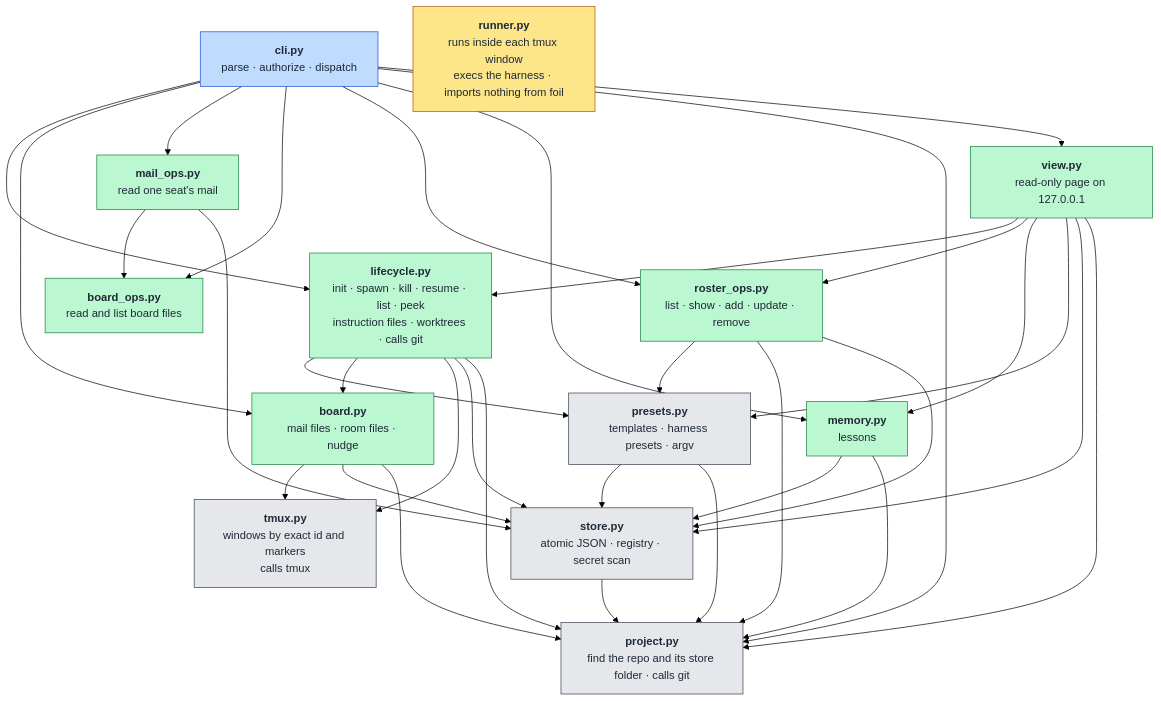
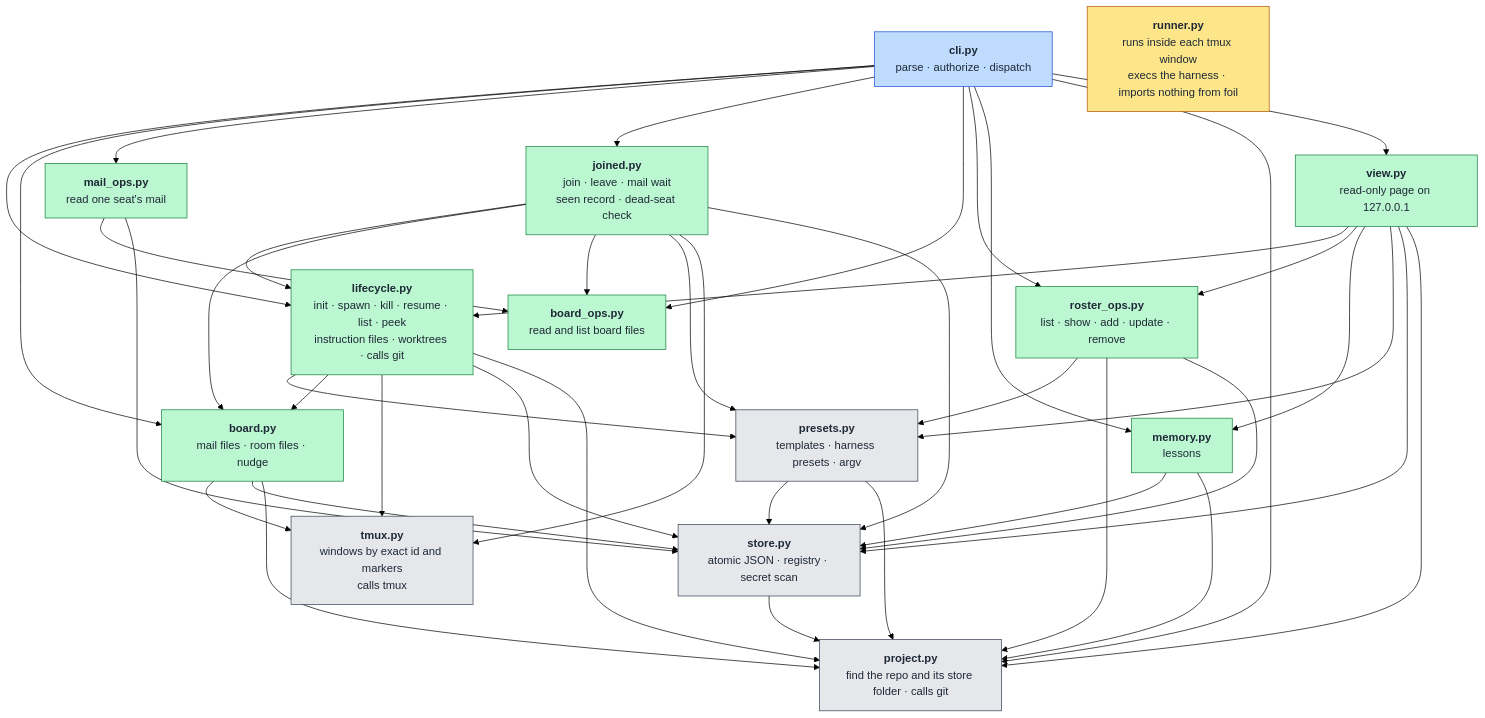
Before and after one commit to TiantianFlow/foil: the first of 2 diagrams in docs/architecture.md, drawn with Mermaid (forest theme). The commit also changed other lines of this file and 37 other files, not shown here.

````diff
--- a/docs/architecture.md
+++ b/docs/architecture.md
@@ -32,62 +33,70 @@
 ```mermaid
 flowchart TB
   cli["<b>cli.py</b><br/>parse · authorize · dispatch"]
 
   lifecycle["<b>lifecycle.py</b><br/>init · spawn · kill · resume · list · peek<br/>instruction files · worktrees · calls git"]
   board["<b>board.py</b><br/>mail files · room files · nudge"]
   mail_ops["<b>mail_ops.py</b><br/>read one seat's mail"]
+  joined["<b>joined.py</b><br/>join · leave · mail wait<br/>seen record · dead-seat check"]
   board_ops["<b>board_ops.py</b><br/>read and list board files"]
   roster_ops["<b>roster_ops.py</b><br/>list · show · add · update · remove"]
   memory["<b>memory.py</b><br/>lessons"]
   view["<b>view.py</b><br/>read-only page on 127.0.0.1"]
 
   presets["<b>presets.py</b><br/>templates · harness presets · argv"]
   tmuxmod["<b>tmux.py</b><br/>windows by exact id and markers<br/>calls tmux"]
   store["<b>store.py</b><br/>atomic JSON · registry · secret scan"]
 
   project["<b>project.py</b><br/>find the repo and its store folder · calls git"]
 
   runner["<b>runner.py</b><br/>runs inside each tmux window<br/>execs the harness · imports nothing from foil"]
 
   cli --> lifecycle
   cli --> board
   cli --> mail_ops
+  cli --> joined
+  joined --> lifecycle
+  joined --> board
+  joined --> board_ops
+  joined --> presets
+  joined --> tmuxmod
+  joined --> store
   cli --> board_ops
   cli --> roster_ops
   cli --> memory
   cli --> project
   cli --> view
   view --> lifecycle
   view --> roster_ops
   view --> memory
   view --> presets
   view --> store
   view --> project
   lifecycle --> presets
   lifecycle --> board
   lifecycle --> tmuxmod
   lifecycle --> store
   lifecycle --> project
   board --> tmuxmod
   board --> store
   board --> project
   mail_ops --> board_ops
   mail_ops --> store
   roster_ops --> presets
   roster_ops --> project
   roster_ops --> store
   memory --> store
   memory --> project
   presets --> store
   presets --> project
   store --> project
 
   classDef entry fill:#bfdbfe,stroke:#1d4ed8,color:#1f2937
   classDef core fill:#bbf7d0,stroke:#15803d,color:#1f2937
   classDef base fill:#e5e7eb,stroke:#374151,color:#1f2937
   classDef apart fill:#fde68a,stroke:#b45309,color:#1f2937
   class cli entry
-  class lifecycle,board,mail_ops,board_ops,roster_ops,memory,view core
+  class lifecycle,board,mail_ops,joined,board_ops,roster_ops,memory,view core
   class presets,tmuxmod,store,project base
   class runner apart
 ```
````
